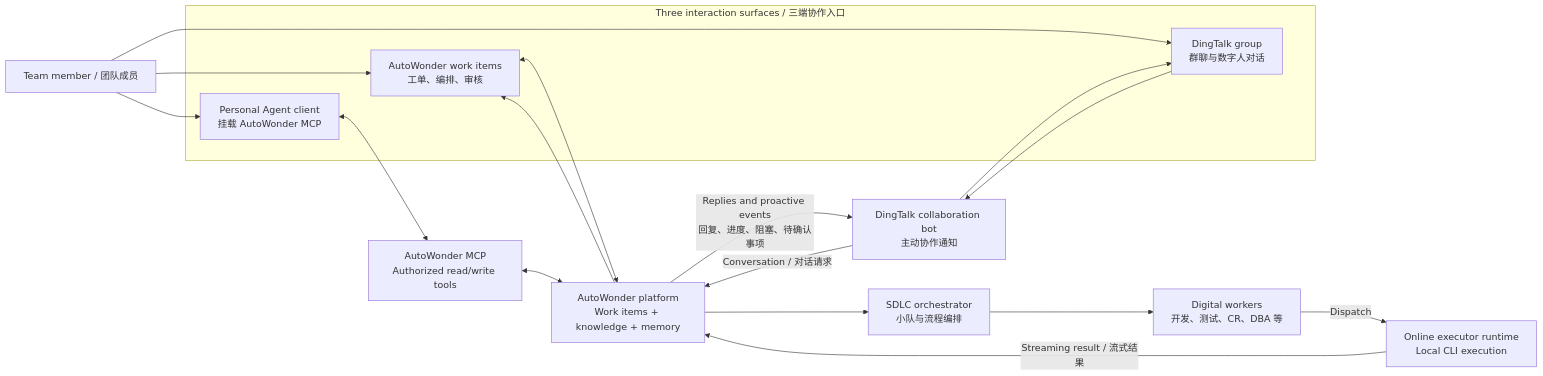
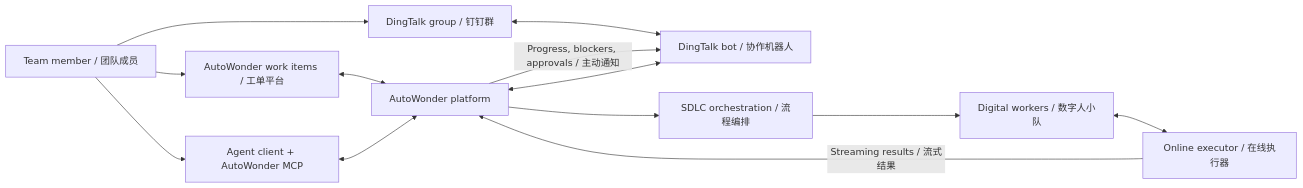
One commit to aliyun/alibabacloud-landing-zone changed the second of 2 diagrams in ai-sdlc/auto-wonder/README.md. Above: the diagram before and after it, drawn with Mermaid. The commit also changed other lines of this file, not shown here.

Commit message:
docs(ai-sdlc): simplify AutoWonder diagrams

````diff
--- a/ai-sdlc/auto-wonder/README.md
+++ b/ai-sdlc/auto-wonder/README.md
@@ -92,33 +46,25 @@
 ```mermaid
 flowchart LR
     Human["Team member / 团队成员"]
-
-    subgraph Surfaces["Three interaction surfaces / 三端协作入口"]
-        WorkitemUI["AutoWonder work items<br/>工单、编排、审核"]
-        DingTalk["DingTalk group<br/>群聊与数字人对话"]
-        AgentClient["Personal Agent client<br/>挂载 AutoWonder MCP"]
-    end
-
-    Bot["DingTalk collaboration bot<br/>主动协作通知"]
-    Platform["AutoWonder platform<br/>Work items + knowledge + memory"]
-    MCP["AutoWonder MCP<br/>Authorized read/write tools"]
-    Orchestrator["SDLC orchestrator<br/>小队与流程编排"]
-    DigitalWorker["Digital workers<br/>开发、测试、CR、DBA 等"]
-    Executor["Online executor runtime<br/>Local CLI execution"]
+    WorkitemUI["AutoWonder work items / 工单平台"]
+    DingTalk["DingTalk group / 钉钉群"]
+    AgentClient["Agent client + AutoWonder MCP"]
+    Bot["DingTalk bot / 协作机器人"]
+    Platform["AutoWonder platform"]
+    Orchestrator["SDLC orchestration / 流程编排"]
+    DigitalWorker["Digital workers / 数字人小队"]
+    Executor["Online executor / 在线执行器"]
 
     Human --> WorkitemUI
     Human --> DingTalk
     Human --> AgentClient
     WorkitemUI <--> Platform
-    DingTalk --> Bot
-    Bot -->|"Conversation / 对话请求"| Platform
-    Platform -->|"Replies and proactive events<br/>回复、进度、阻塞、待确认事项"| Bot
-    Bot --> DingTalk
-    AgentClient <--> MCP
-    MCP <--> Platform
+    DingTalk <--> Bot
+    Bot <--> Platform
+    AgentClient <--> Platform
     Platform --> Orchestrator
     Orchestrator --> DigitalWorker
-    DigitalWorker -->|"Dispatch"| Executor
-    Executor -->|"Streaming result / 流式结果"| Platform
-    Platform --> WorkitemUI
+    DigitalWorker <--> Executor
+    Executor -->|"Streaming results / 流式结果"| Platform
+    Platform -->|"Progress, blockers, approvals / 主动通知"| Bot
 ```
````
